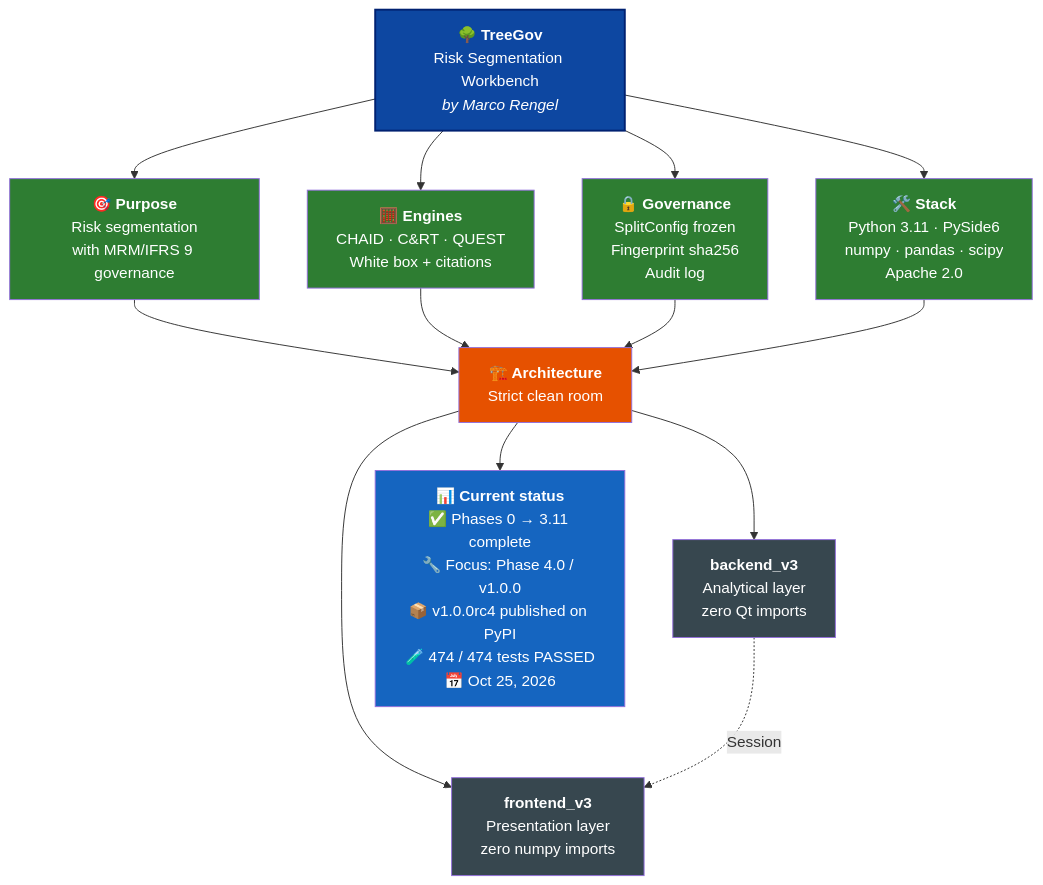
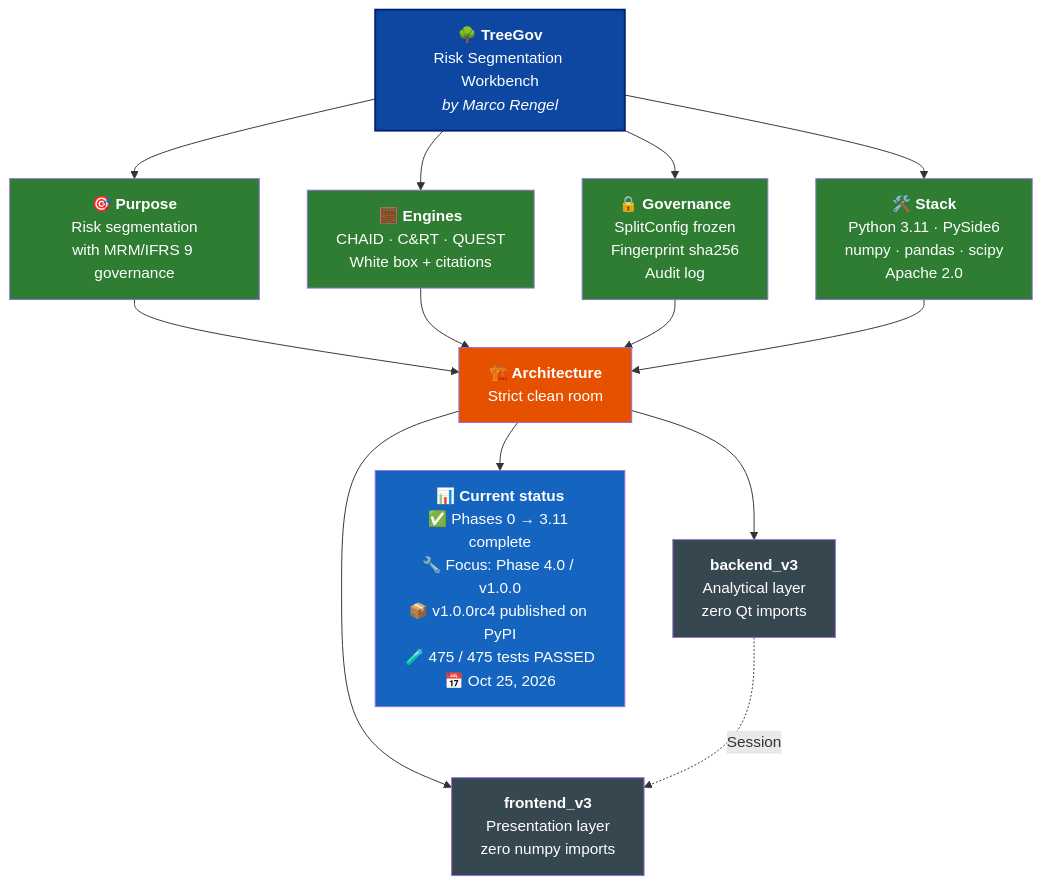
Before and after one commit to Marco-Rengel/treegov: the diagram in README.md, drawn with Mermaid. The commit also changed other lines of this file and 18 other files, not shown here.

````diff
--- a/README.md
+++ b/README.md
@@ -38,31 +38,31 @@
 ```mermaid
 flowchart TB
     TG["<b>🌳 TreeGov</b><br/>Risk Segmentation Workbench<br/><i>by Marco Rengel</i>"]
 
     TG --> P["<b>🎯 Purpose</b><br/>Risk segmentation<br/>with MRM/IFRS 9 governance"]
     TG --> M["<b>🧮 Engines</b><br/>CHAID · C&RT · QUEST<br/>White box + citations"]
     TG --> G["<b>🔒 Governance</b><br/>SplitConfig frozen<br/>Fingerprint sha256<br/>Audit log"]
     TG --> S["<b>🛠️ Stack</b><br/>Python 3.11 · PySide6<br/>numpy · pandas · scipy<br/>Apache 2.0"]
 
     P --> ARQ["<b>🏗️ Architecture</b><br/>Strict clean room"]
     M --> ARQ
     G --> ARQ
     S --> ARQ
 
     ARQ --> BE["<b>backend_v3</b><br/>Analytical layer<br/>zero Qt imports"]
     ARQ --> FE["<b>frontend_v3</b><br/>Presentation layer<br/>zero numpy imports"]
 
     BE -.->|Session| FE
 
-    ARQ --> ST["<b>📊 Current status</b><br/>✅ Phases 0 → 3.11 complete<br/>🔧 Focus: Phase 4.0 / v1.0.0<br/>📦 v1.0.0rc4 published on PyPI<br/>🧪 474 / 474 tests PASSED<br/>📅 Oct 25, 2026"]
+    ARQ --> ST["<b>📊 Current status</b><br/>✅ Phases 0 → 3.11 complete<br/>🔧 Focus: Phase 4.0 / v1.0.0<br/>📦 v1.0.0rc4 published on PyPI<br/>🧪 475 / 475 tests PASSED<br/>📅 Oct 25, 2026"]
 
     style TG fill:#0D47A1,color:#fff,stroke:#002171,stroke-width:2px
     style P fill:#2E7D32,color:#fff
     style M fill:#2E7D32,color:#fff
     style G fill:#2E7D32,color:#fff
     style S fill:#2E7D32,color:#fff
     style ARQ fill:#E65100,color:#fff
     style BE fill:#37474F,color:#fff
     style FE fill:#37474F,color:#fff
     style ST fill:#1565C0,color:#fff
 ```
````
